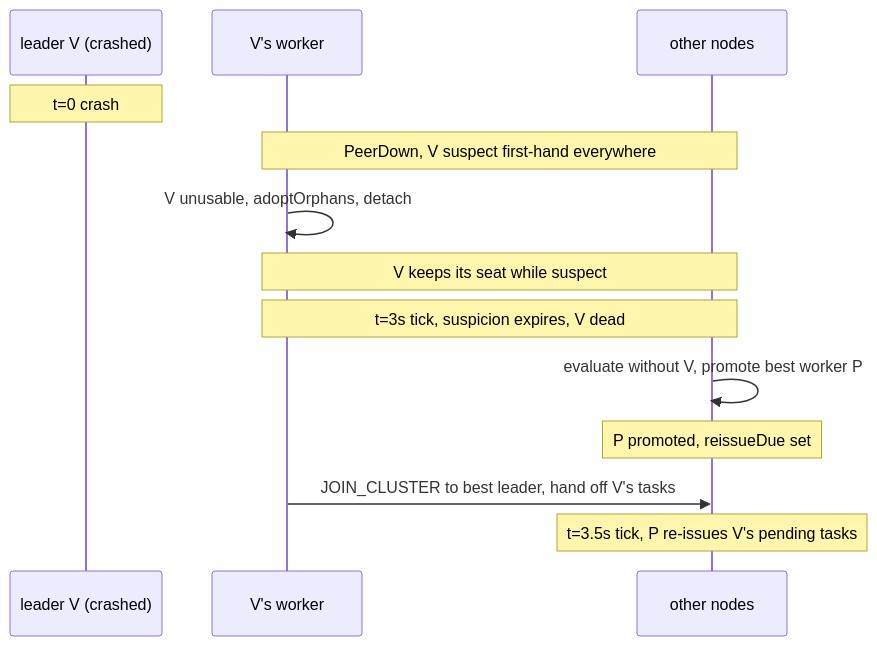
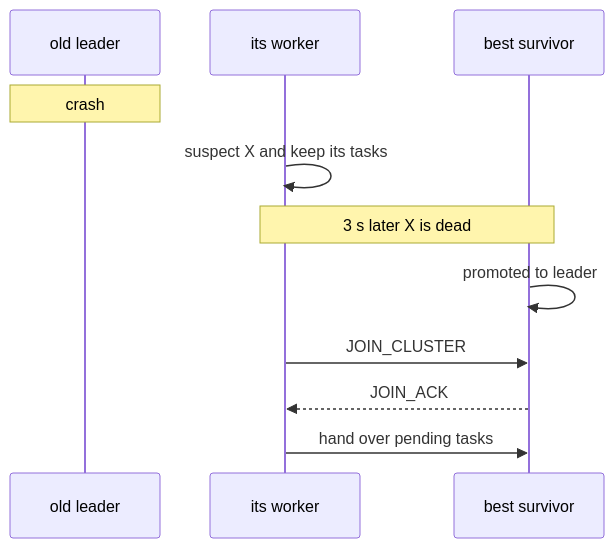
One commit to Aditya-Jyoti/swarm-communication changed the third of 3 diagrams in docs/architecture/failure-detection-and-failover.md. Above: the diagram before and after it, drawn with Mermaid. The commit also changed other lines of this file and 1 other file, not shown here.

Commit message:
docs(architecture): simplify failover and merge convergence debugging

````diff
--- a/docs/architecture/failure-detection-and-failover.md
+++ b/docs/architecture/failure-detection-and-failover.md
@@ -271,15 +86,13 @@
 ```mermaid
 sequenceDiagram
-    participant V as leader V (crashed)
-    participant W as V's worker
-    participant O as other nodes
-    Note over V: t=0 crash
-    Note over W,O: PeerDown, V suspect first-hand everywhere
-    W->>W: V unusable, adoptOrphans, detach
-    Note over W,O: V keeps its seat while suspect
-    Note over W,O: t=3s tick, suspicion expires, V dead
-    O->>O: evaluate without V, promote best worker P
-    Note over O: P promoted, reissueDue set
-    W->>O: JOIN_CLUSTER to best leader, hand off V's tasks
-    Note over O: t=3.5s tick, P re-issues V's pending tasks
+    participant X as old leader
+    participant W as its worker
+    participant P as best survivor
+    Note over X: crash
+    W->>W: suspect X and keep its tasks
+    Note over W,P: 3 s later X is dead
+    P->>P: promoted to leader
+    W->>P: JOIN_CLUSTER
+    P-->>W: JOIN_ACK
+    W->>P: hand over pending tasks
 ```
````
